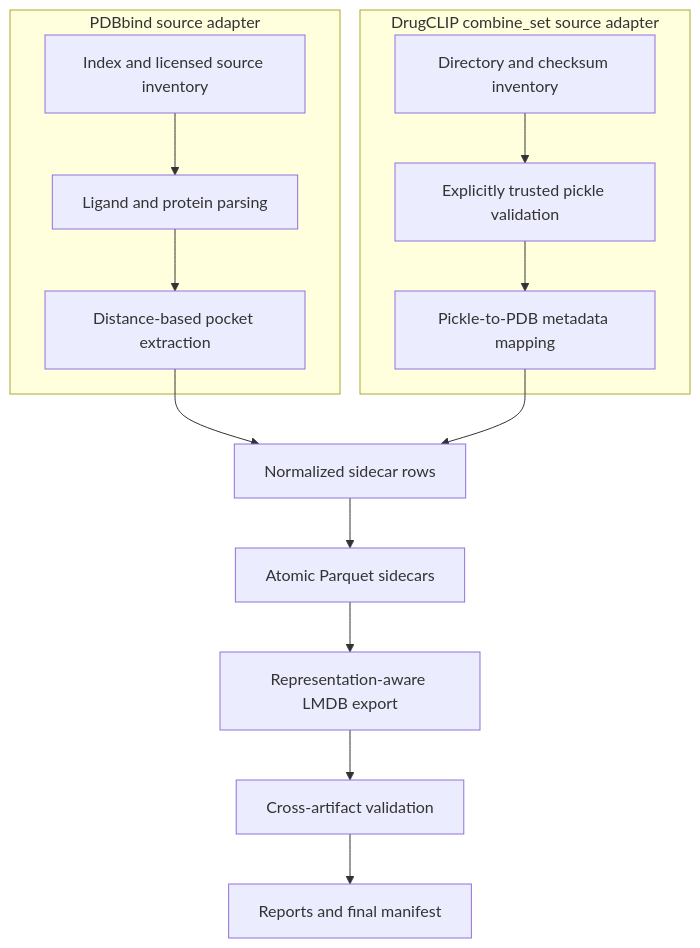
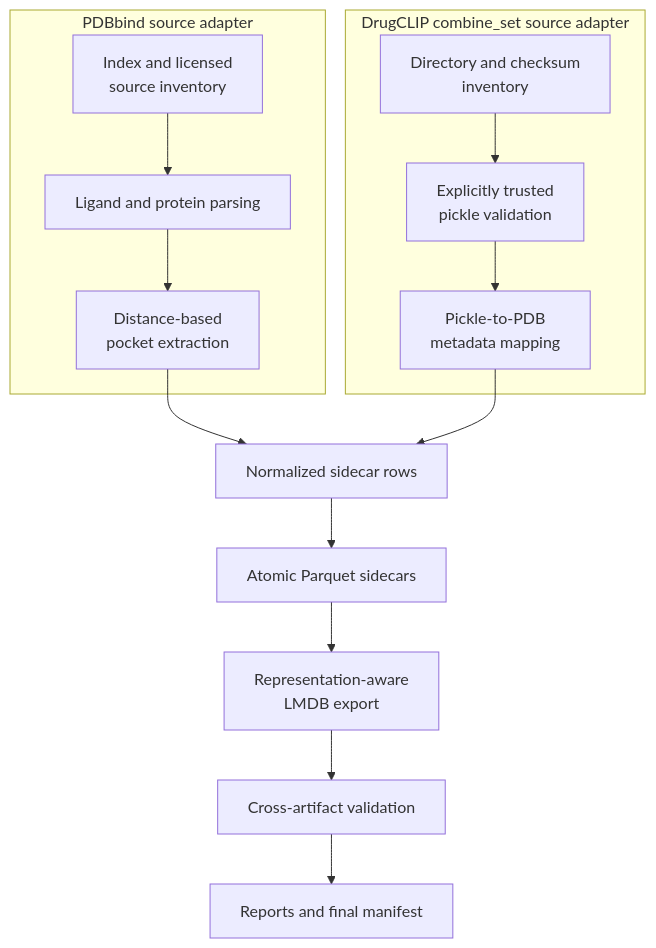
The second of 4 diagrams in drugclip_combine_set_library.qmd (fnaufel/candidate_pockets_PDBBind), drawn with Mermaid before and after one commit. The commit also changed other lines of this file and 2 other files, not shown here.

Commit message:
Add notebooks

````diff
--- a/drugclip_combine_set_library.qmd
+++ b/drugclip_combine_set_library.qmd
@@ -127,22 +131,22 @@
 ```{mermaid}
 flowchart TB
   subgraph PDBBIND[PDBbind source adapter]
-    P1[Index and licensed source inventory]
+    P1[Index and licensed<br />source inventory]
     P2[Ligand and protein parsing]
-    P3[Distance-based pocket extraction]
+    P3[Distance-based<br />pocket extraction]
   end
 
   subgraph COMBINE[DrugCLIP combine_set source adapter]
-    C1[Directory and checksum inventory]
-    C2[Explicitly trusted pickle validation]
-    C3[Pickle-to-PDB metadata mapping]
+    C1[Directory and checksum<br />inventory]
+    C2[Explicitly trusted<br />pickle validation]
+    C3[Pickle-to-PDB<br />metadata mapping]
   end
 
   P1 --> P2 --> P3 --> N[Normalized sidecar rows]
   C1 --> C2 --> C3 --> N
 
   N --> S[Atomic Parquet sidecars]
-  S --> L[Representation-aware LMDB export]
+  S --> L[Representation-aware<br />LMDB export]
   L --> V[Cross-artifact validation]
   V --> R[Reports and final manifest]
 ```
````
